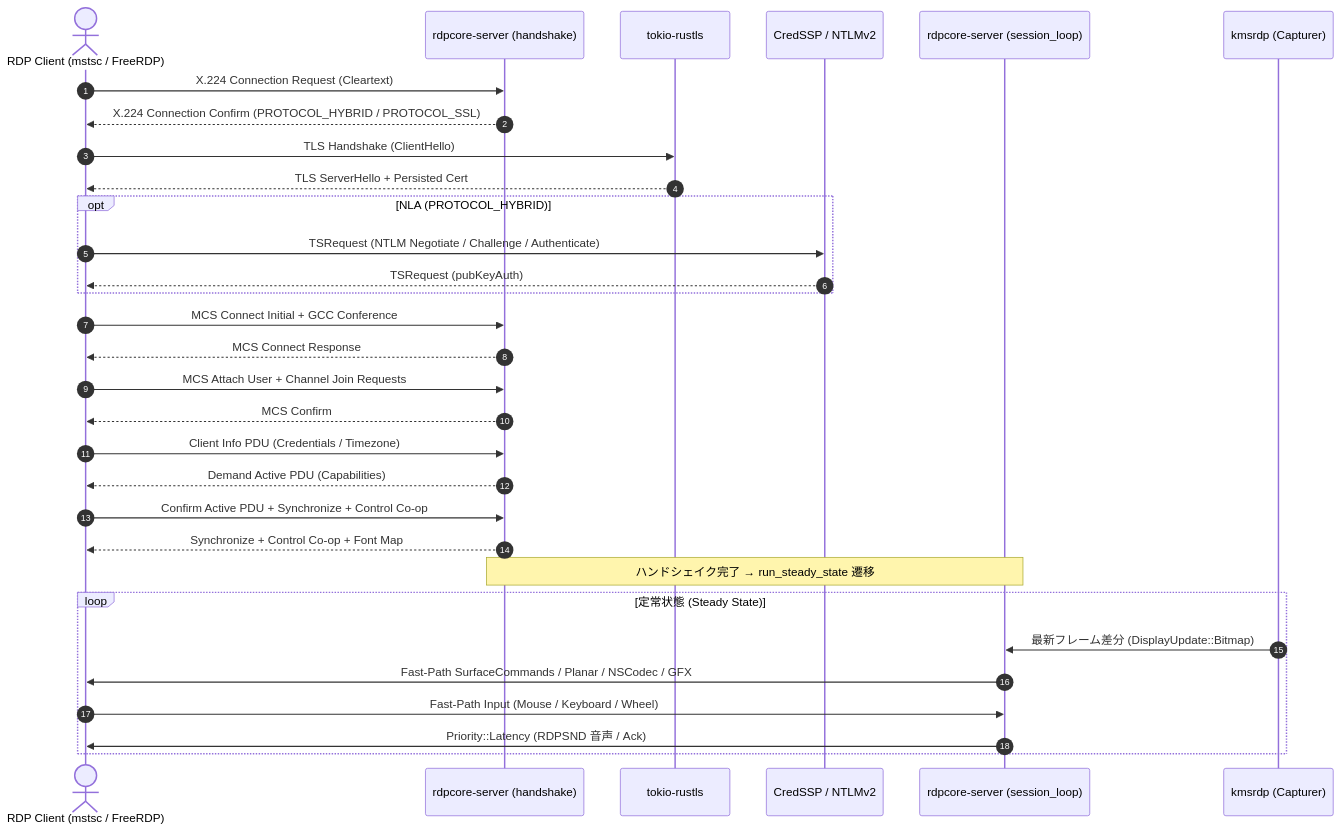
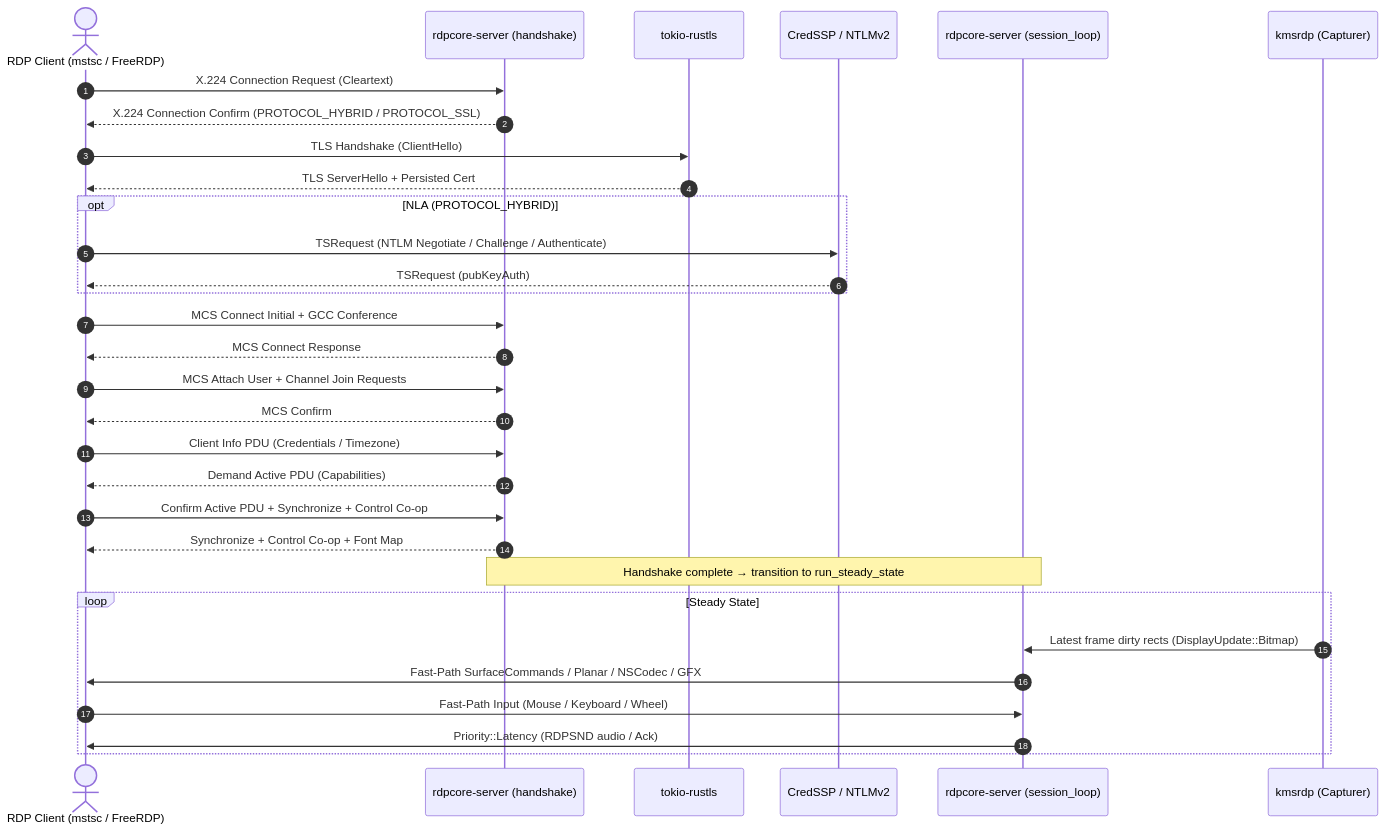
Before and after one commit to yamamo-to/kmsrdp: the second of 2 diagrams in ARCHITECTURE.md, drawn with Mermaid. The commit also changed other lines of this file and 5 other files, not shown here.

````diff
--- a/ARCHITECTURE.md
+++ b/ARCHITECTURE.md
@@ -74,38 +74,38 @@
 ```mermaid
 sequenceDiagram
     autonumber
     actor Client as RDP Client (mstsc / FreeRDP)
     participant Srv as rdpcore-server (handshake)
     participant TLS as tokio-rustls
     participant NLA as CredSSP / NTLMv2
     participant Steady as rdpcore-server (session_loop)
     participant DRM as kmsrdp (Capturer)
 
     Client->>Srv: X.224 Connection Request (Cleartext)
     Srv-->>Client: X.224 Connection Confirm (PROTOCOL_HYBRID / PROTOCOL_SSL)
     Client->>TLS: TLS Handshake (ClientHello)
     TLS-->>Client: TLS ServerHello + Persisted Cert
     
     opt NLA (PROTOCOL_HYBRID)
         Client->>NLA: TSRequest (NTLM Negotiate / Challenge / Authenticate)
         NLA-->>Client: TSRequest (pubKeyAuth)
     end
 
     Client->>Srv: MCS Connect Initial + GCC Conference
     Srv-->>Client: MCS Connect Response
     Client->>Srv: MCS Attach User + Channel Join Requests
     Srv-->>Client: MCS Confirm
     Client->>Srv: Client Info PDU (Credentials / Timezone)
     Srv-->>Client: Demand Active PDU (Capabilities)
     Client->>Srv: Confirm Active PDU + Synchronize + Control Co-op
     Srv-->>Client: Synchronize + Control Co-op + Font Map
     
-    Note over Srv,Steady: ハンドシェイク完了 → run_steady_state 遷移
+    Note over Srv,Steady: Handshake complete → transition to run_steady_state
     
-    loop 定常状態 (Steady State)
-        DRM->>Steady: 最新フレーム差分 (DisplayUpdate::Bitmap)
+    loop Steady State
+        DRM->>Steady: Latest frame dirty rects (DisplayUpdate::Bitmap)
         Steady->>Client: Fast-Path SurfaceCommands / Planar / NSCodec / GFX
         Client->>Steady: Fast-Path Input (Mouse / Keyboard / Wheel)
-        Steady->>Client: Priority::Latency (RDPSND 音声 / Ack)
+        Steady->>Client: Priority::Latency (RDPSND audio / Ack)
     end
 ```
````
